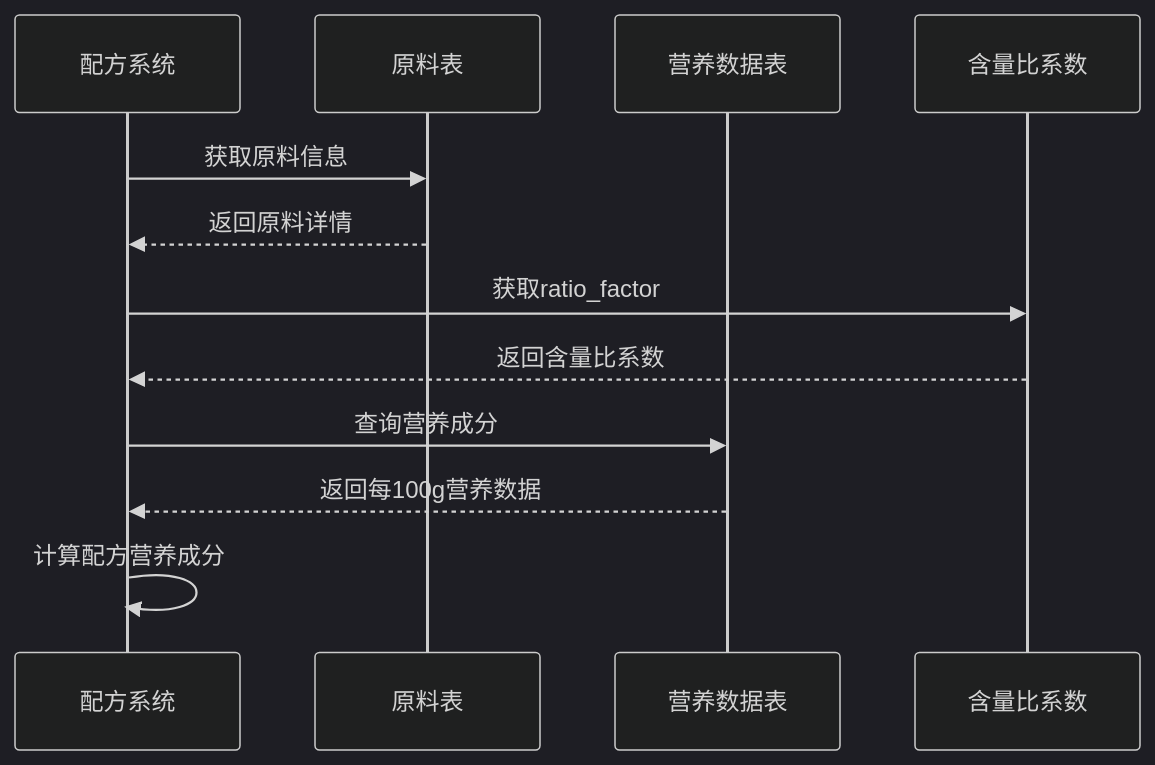
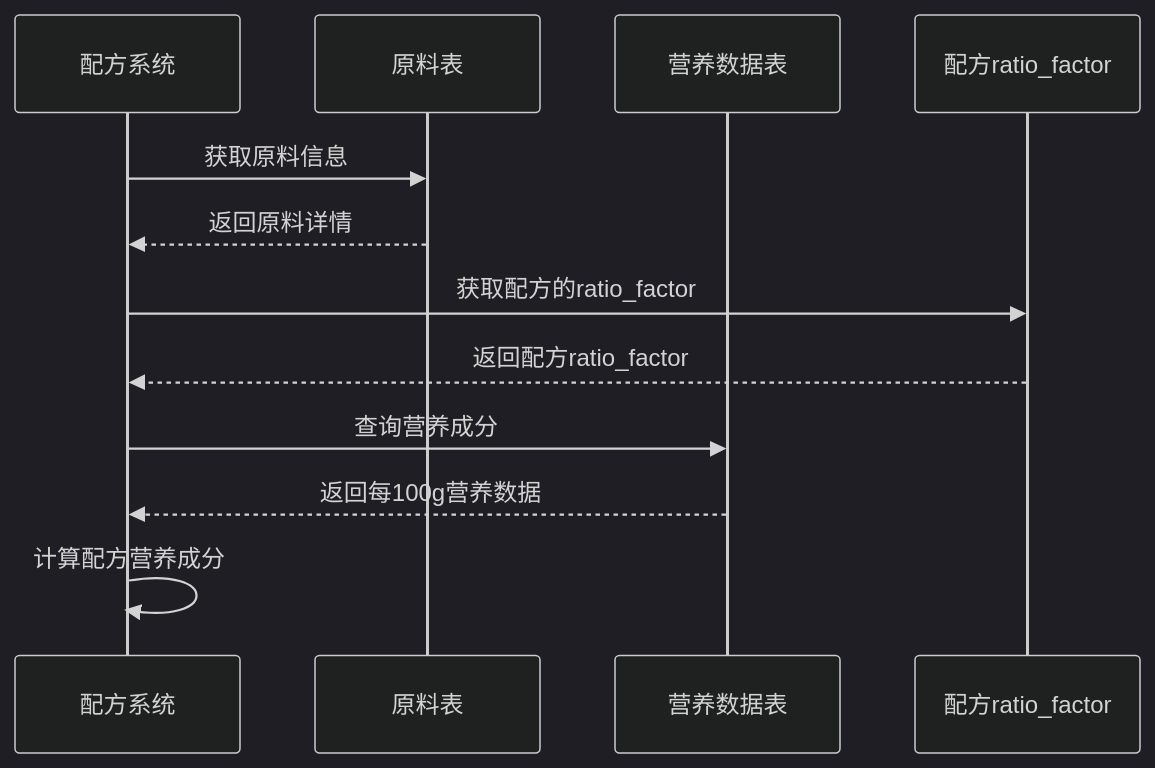
The seventh of 8 diagrams in .qoder/repowiki/zh/content/数据库设计/表结构详解/原料表 (materials).md (xpretycn/TingStudio), drawn with Mermaid (dark theme) before and after one commit. The commit also changed other lines of this file and 26 other files, not shown here.

First line of the commit message:
docs(api): 更新文档支持移除和新增 ratioFactor 参数

````diff
--- a/.qoder/repowiki/zh/content/数据库设计/表结构详解/原料表 (materials).md
+++ b/.qoder/repowiki/zh/content/数据库设计/表结构详解/原料表 (materials).md
@@ -359,14 +393,14 @@
 ```mermaid
 sequenceDiagram
 participant Formula as 配方系统
 participant Material as 原料表
 participant Nutrition as 营养数据表
-participant Ratio as 含量比系数
+participant Ratio as 配方ratio_factor
 Formula->>Material : 获取原料信息
 Material-->>Formula : 返回原料详情
-Formula->>Ratio : 获取ratio_factor
-Ratio-->>Formula : 返回含量比系数
+Formula->>Ratio : 获取配方的ratio_factor
+Ratio-->>Formula : 返回配方ratio_factor
 Formula->>Nutrition : 查询营养成分
 Nutrition-->>Formula : 返回每100g营养数据
 Formula->>Formula : 计算配方营养成分
 ```
````
